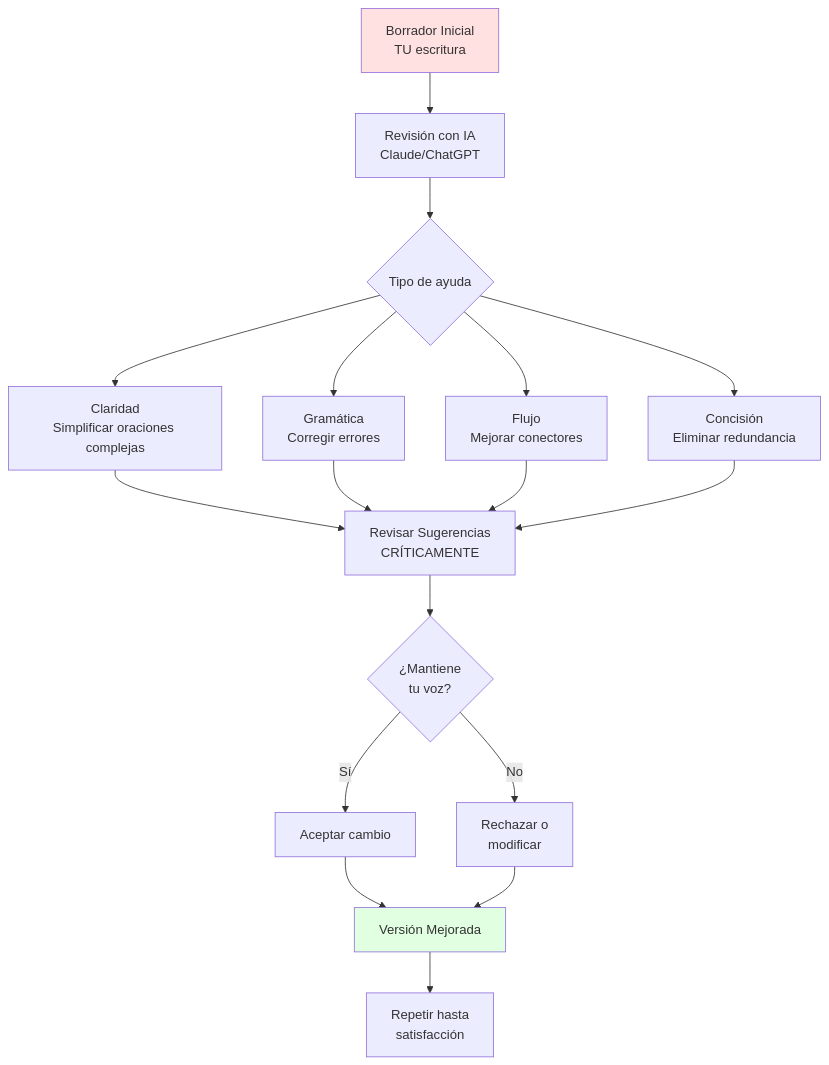
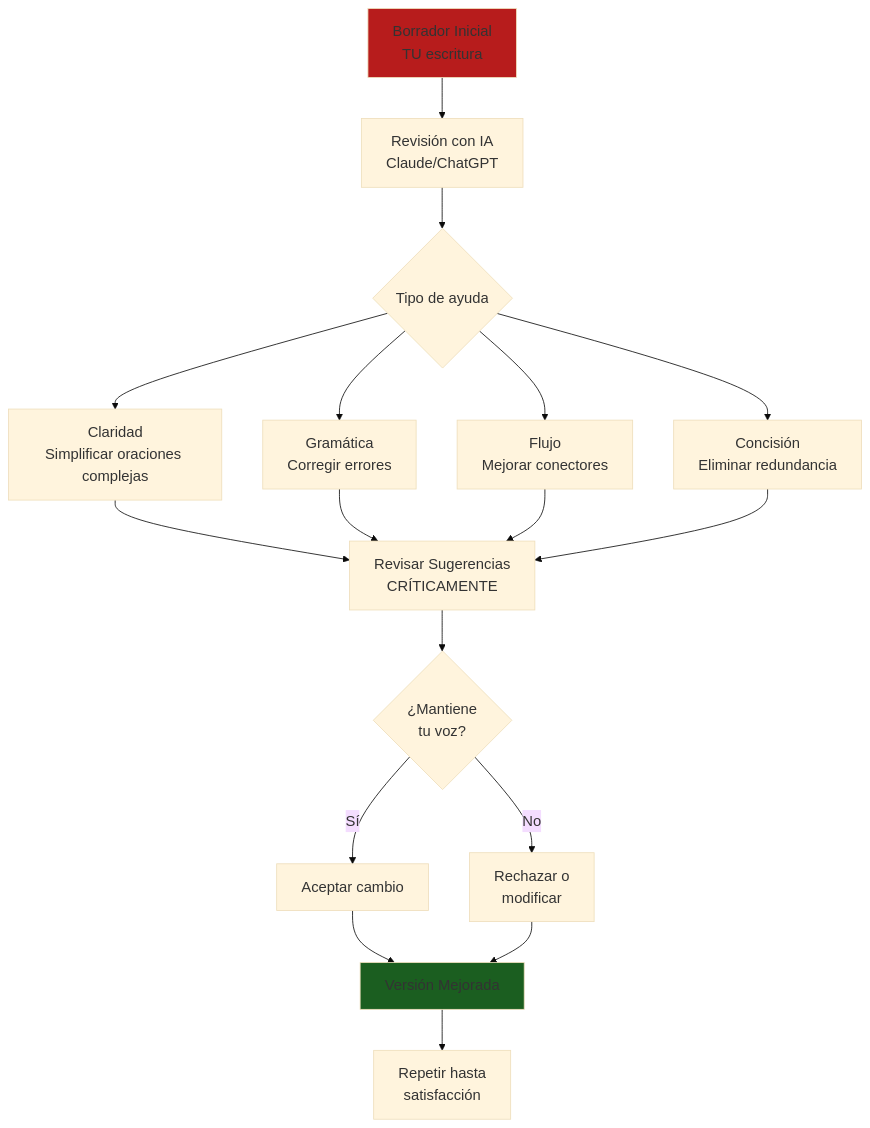
Before and after one commit to Ai-Whisperers/Courses-Content: the tenth of 13 diagrams in courses/🟡-development/FPUNA-2026/05-INVESTIGACION-ACADEMIA/04-redaccion-academica.md, drawn with Mermaid. The commit also changed other lines of this file and 47 other files, not shown here.

First line of the commit message:
fix: Make all 473 diagrams WCAG AAA accessible (FPUNA-2026)

````diff
--- a/courses/🟡-development/FPUNA-2026/05-INVESTIGACION-ACADEMIA/04-redaccion-academica.md
+++ b/courses/🟡-development/FPUNA-2026/05-INVESTIGACION-ACADEMIA/04-redaccion-academica.md
@@ -475,28 +484,29 @@
 ```mermaid
+%%{init: {'theme':'base', 'themeVariables': {'fontSize':'18px'}}}%%
 flowchart TD
     A[Borrador Inicial<br/>TU escritura] --> B[Revisión con IA<br/>Claude/ChatGPT]
     
     B --> C{Tipo de ayuda}
     
     C --> D[Claridad<br/>Simplificar oraciones complejas]
     C --> E[Gramática<br/>Corregir errores]
     C --> F[Flujo<br/>Mejorar conectores]
     C --> G[Concisión<br/>Eliminar redundancia]
     
     D --> H[Revisar Sugerencias<br/>CRÍTICAMENTE]
     E --> H
     F --> H
     G --> H
     
     H --> I{¿Mantiene<br/>tu voz?}
     I -->|Sí| J[Aceptar cambio]
     I -->|No| K[Rechazar o<br/>modificar]
     
     J --> L[Versión Mejorada]
     K --> L
     
     L --> M[Repetir hasta<br/>satisfacción]
     
-    style A fill:#FFE1E1
-    style L fill:#E1FFE1
+    style A fill:#b71c1c
+    style L fill:#1b5e20
 ```
````
